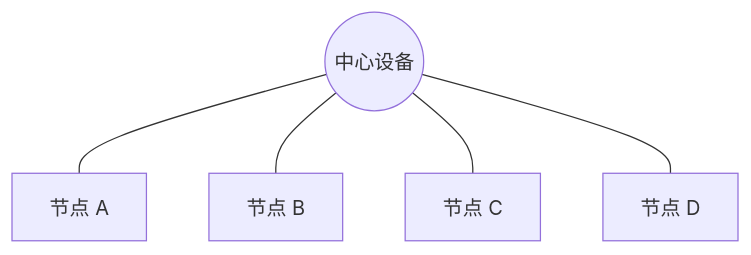
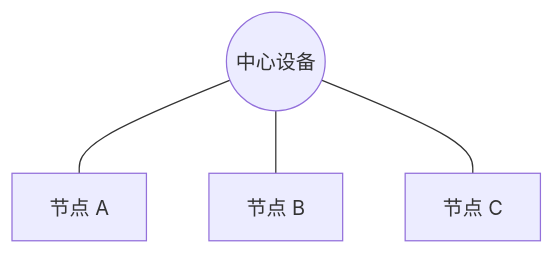
One commit to 74262195/system-architect-notes changed the second of 5 diagrams in 01_综合知识/01_计算机系统基础知识/03_计算机网络/08_网络工程与组网/网络拓扑结构.md. Above: the diagram before and after it, drawn with Mermaid. The commit also changed other lines of this file and 8 other files, not shown here.

````diff
--- a/01_综合知识/01_计算机系统基础知识/03_计算机网络/08_网络工程与组网/网络拓扑结构.md
+++ b/01_综合知识/01_计算机系统基础知识/03_计算机网络/08_网络工程与组网/网络拓扑结构.md
@@ -58,8 +60,7 @@
 ```mermaid
 flowchart TB
-  C((中心设备))
-  C --- A[节点 A]
-  C --- B[节点 B]
-  C --- D[节点 C]
-  C --- E[节点 D]
+    C((中心设备))
+    C --- A[节点 A]
+    C --- B[节点 B]
+    C --- D[节点 C]
 ```
````
